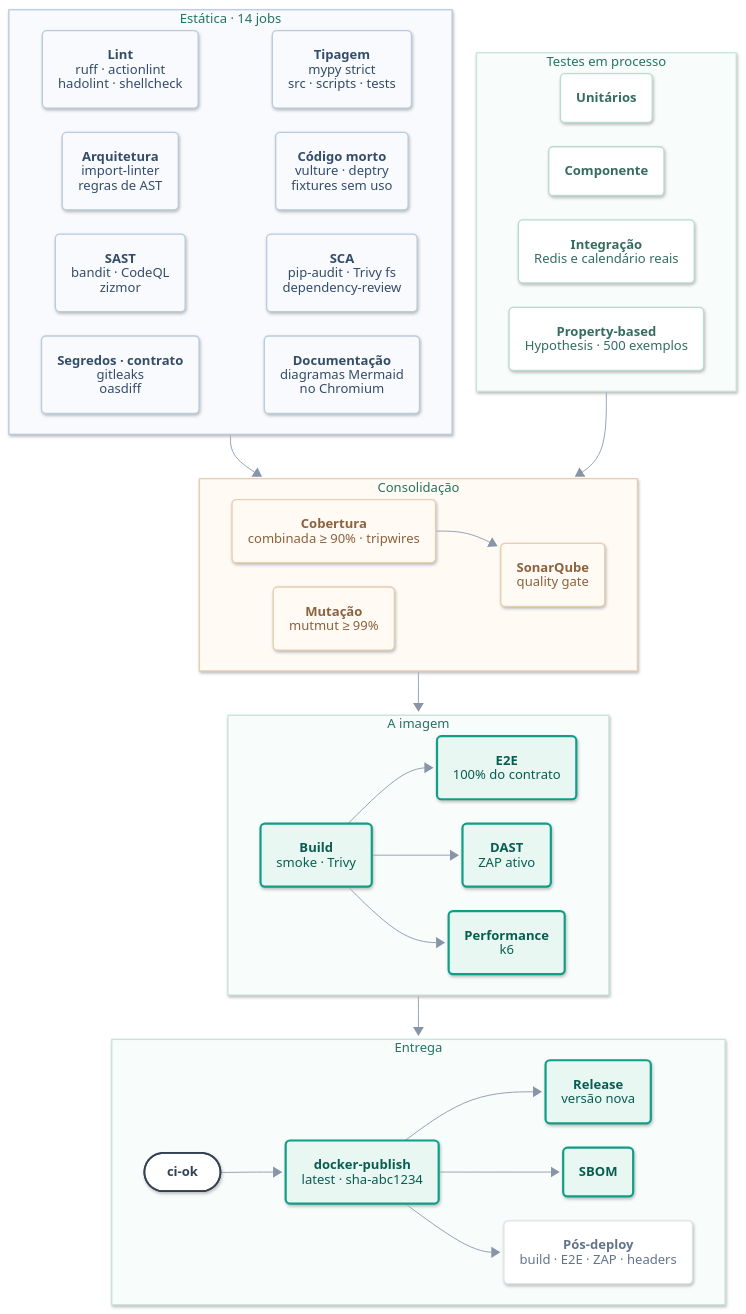
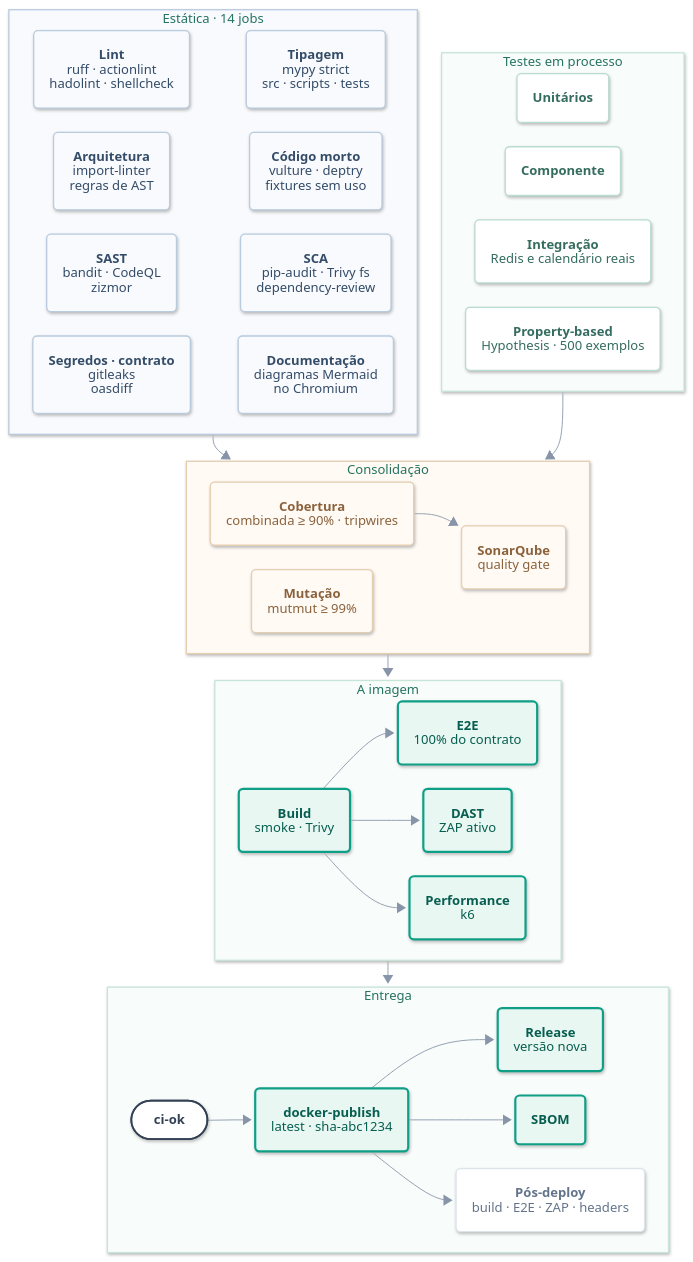
The second of 6 diagrams in tests/README.md (rlquilez/b3datetime), drawn with Mermaid before and after one commit. The commit also changed other lines of this file and 8 other files, not shown here.

First line of the commit message:
test(docs): diagramas medidos na coluna real do GitHub (838 px na página inicial)

```diff
--- a/tests/README.md
+++ b/tests/README.md
@@ -133,7 +133,7 @@
   flowchart:
     curve: basis
     nodeSpacing: 28
-    rankSpacing: 50
+    rankSpacing: 30
     padding: 18
     wrappingWidth: 400
     diagramPadding: 24
```
